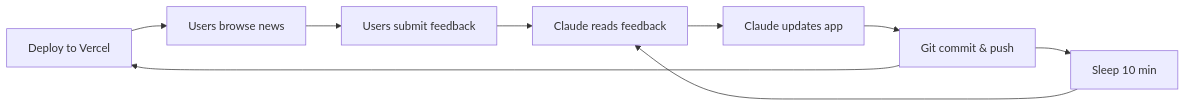
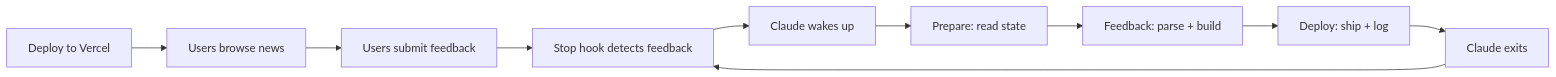
Before and after one commit to fabriciobloisi/AutoPMF: the diagram in README.md, drawn with Mermaid. The commit also changed other lines of this file and 14 other files, not shown here.

````diff
--- a/README.md
+++ b/README.md
@@ -86,11 +82,12 @@
 ```mermaid
 graph LR
     A[Deploy to Vercel] --> B[Users browse news]
     B --> C[Users submit feedback]
-    C --> D[Claude reads feedback]
-    D --> E[Claude updates app]
-    E --> F[Git commit & push]
-    F --> A
-    F --> G[Sleep 10 min]
-    G --> D
+    C --> D[Stop hook detects feedback]
+    D --> E[Claude wakes up]
+    E --> F[Prepare: read state]
+    F --> G[Feedback: parse + build]
+    G --> H[Deploy: ship + log]
+    H --> I[Claude exits]
+    I --> D
 ```
````
